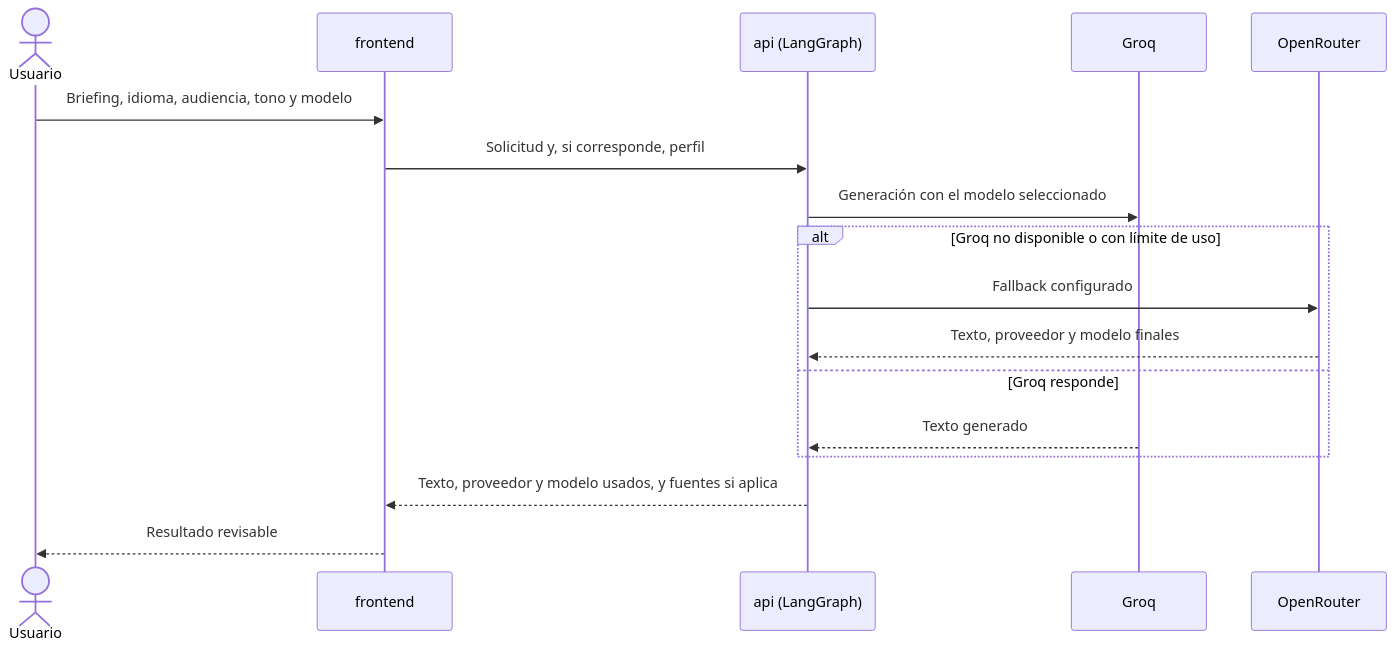
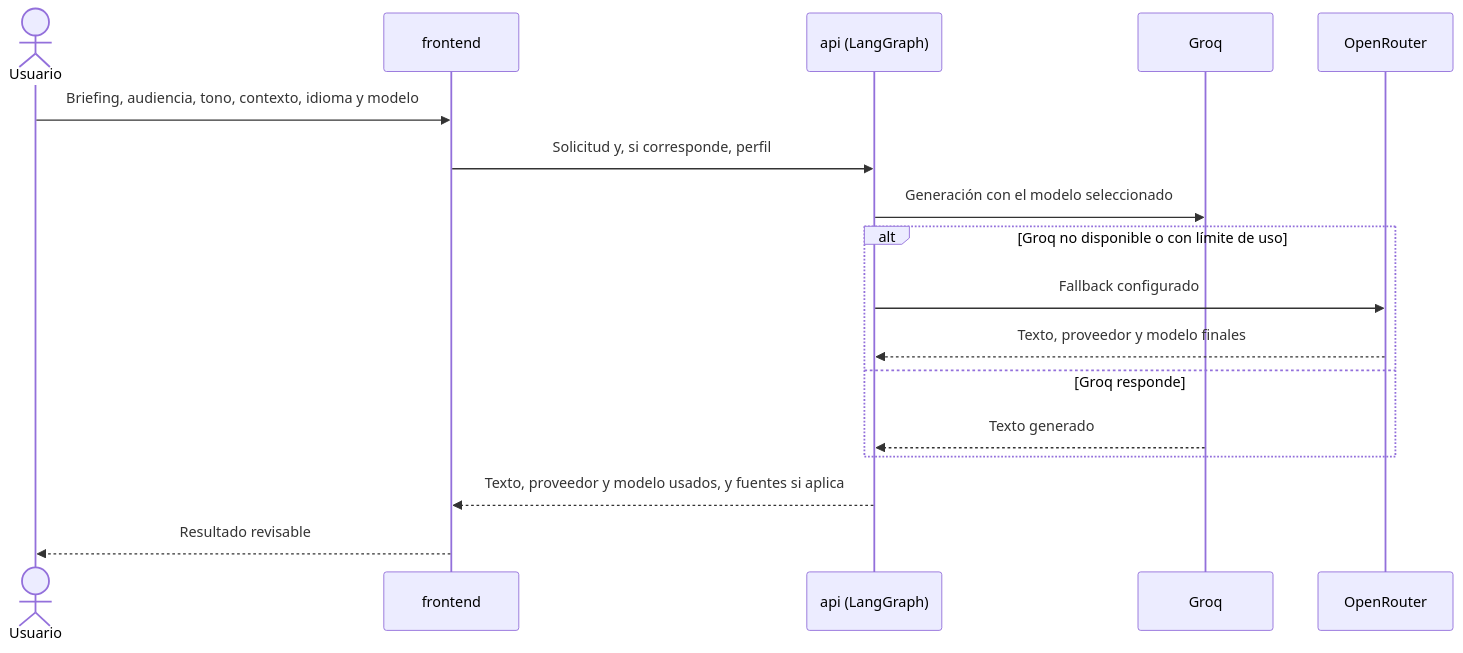
Before and after one commit to Bootcamp-IA-MAD-P7/llm-victor: the second of 3 diagrams in docs/ARCHITECTURE.md, drawn with Mermaid.

Commit message:
docs(architecture): list context among the generation inputs
Refs #13

````diff
--- a/docs/ARCHITECTURE.md
+++ b/docs/ARCHITECTURE.md
@@ -85,19 +85,19 @@
 ```mermaid
 sequenceDiagram
     actor Usuario
     participant Web as frontend
     participant API as api (LangGraph)
     participant Groq
     participant OR as OpenRouter
-    Usuario->>Web: Briefing, idioma, audiencia, tono y modelo
+    Usuario->>Web: Briefing, audiencia, tono, contexto, idioma y modelo
     Web->>API: Solicitud y, si corresponde, perfil
     API->>Groq: Generación con el modelo seleccionado
     alt Groq no disponible o con límite de uso
         API->>OR: Fallback configurado
         OR-->>API: Texto, proveedor y modelo finales
     else Groq responde
         Groq-->>API: Texto generado
     end
     API-->>Web: Texto, proveedor y modelo usados, y fuentes si aplica
     Web-->>Usuario: Resultado revisable
 ```
````
